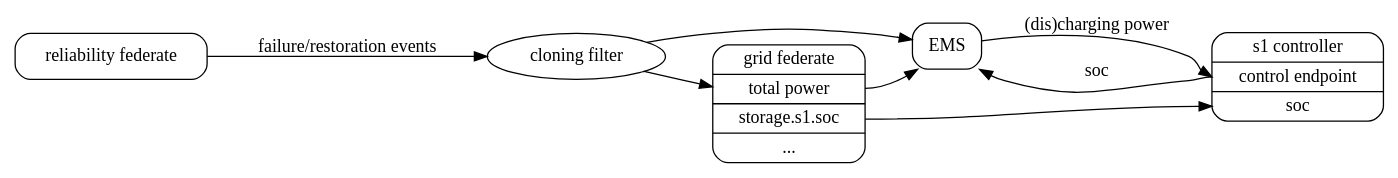
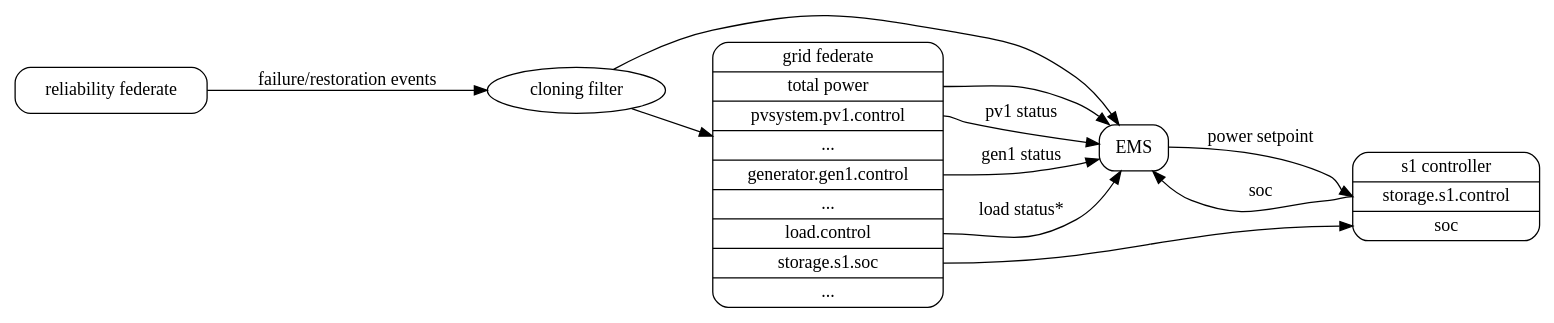
Before and after one commit to sandialabs/quest-ssim: the diagram in docs/ems.rst, drawn with Graphviz. The commit also changed other lines of this file and 1 other file, not shown here.

First line of the commit message:
Update EMS federate documentation

```diff
--- a/docs/ems.rst
+++ b/docs/ems.rst
@@ -79,19 +60,22 @@
 .. digraph:: ems_helics
 
    graph [rankdir=LR];
    node [style=rounded];
 
    ems [label="EMS"; shape=record; style=rounded];
-   s1 [label="<f0> s1 controller| <control> control endpoint| <soc> soc";
+   s1 [label="<f0> s1 controller| <control> storage.s1.control | <soc> soc";
        shape=record; style=rounded];
-   grid [label="grid federate | <load> total power | <s1_soc> storage.s1.soc | <other> ...";
+   grid [label="grid federate | <total_load> total power | <pv1> pvsystem.pv1.control | ... | <gen1> generator.gen1.control | ... | <load> load.control | <s1_soc> storage.s1.soc | <other> ...";
          shape=record];
    reliability [label="reliability federate"; shape=record];
    clone [label="cloning filter"; shape=ellipse];
 
-   ems -> s1:control [label="(dis)charging power"];
+   ems -> s1:control [label="power setpoint"];
    grid:s1_soc -> s1:soc;
-   grid:load -> ems;
+   grid:load -> ems [label="load status*"];
+   grid:pv1 -> ems [label="pv1 status"];
+   grid:gen1 -> ems [label="gen1 status"];
+   grid:total_load -> ems;
    s1:control -> ems [label="soc"];
    reliability -> clone [label="failure/restoration events"];
    clone -> {ems grid:other};
```
